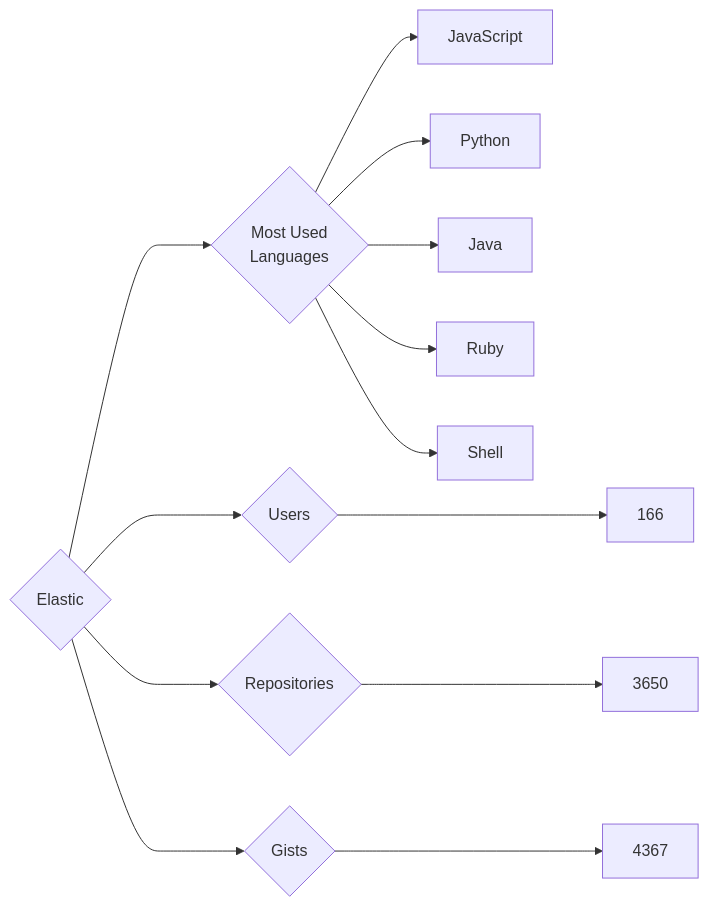
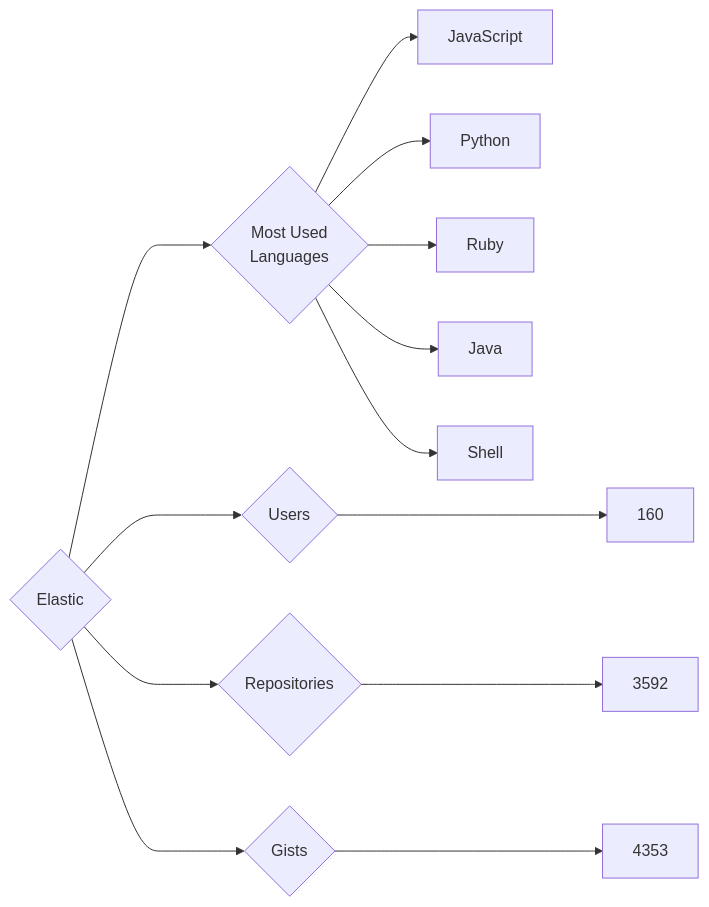
The diagram in targets/Elastic/README.md (trickest/insiders), drawn with Mermaid before and after one commit. The commit also changed 823 other files, not shown here.

````diff
--- a/targets/Elastic/README.md
+++ b/targets/Elastic/README.md
@@ -3,13 +3,13 @@
 ```mermaid
 graph LR
 COMPANY_NAME{Elastic}
-COMPANY_NAME ---> U{Users} ---> UN[166]
-COMPANY_NAME ---> R{Repositories} ---> RN[3650]
-COMPANY_NAME ---> G{Gists} ---> GN[4367]
+COMPANY_NAME ---> U{Users} ---> UN[160]
+COMPANY_NAME ---> R{Repositories} ---> RN[3592]
+COMPANY_NAME ---> G{Gists} ---> GN[4353]
 COMPANY_NAME ---> ML{Most Used<br>Languages}
 ML --> JavaScript[JavaScript]
 ML --> Python[Python]
+ML --> Ruby[Ruby]
 ML --> Java[Java]
-ML --> Ruby[Ruby]
 ML --> Shell[Shell]
 ```
````
